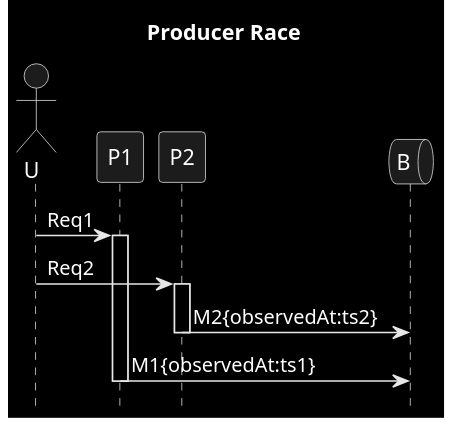
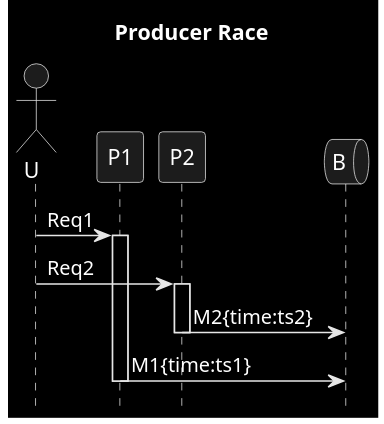
One commit to victorrentea/kafka changed the diagram in patterns/2b_out_of_order_p.puml. Above: the diagram before and after it, drawn with PlantUML. The commit also changed other lines of this file and 43 other files, not shown here.

```diff
--- a/patterns/2b_out_of_order_p.puml
+++ b/patterns/2b_out_of_order_p.puml
@@ -1,16 +1,16 @@
 @startuml
 title Producer Race
 hide footbox
 skinparam monochrome reverse
 queue B order 9
 actor U
 
 U->P1: Req1
 activate P1
 U->P2: Req2
 activate P2
-P2->B: M2{observedAt:ts2}
+P2->B: M2{time:ts2}
 deactivate P2
-P1->B: M1{observedAt:ts1}
+P1->B: M1{time:ts1}
 deactivate P1
 @enduml
```
